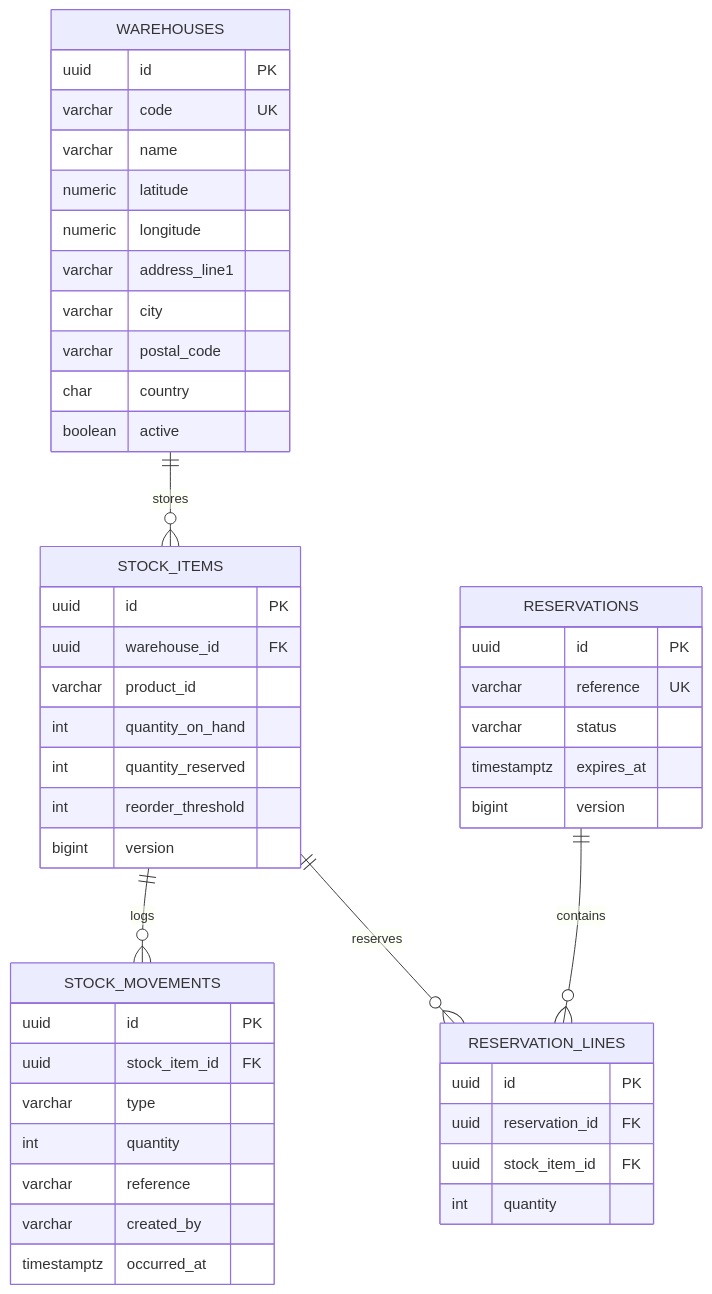
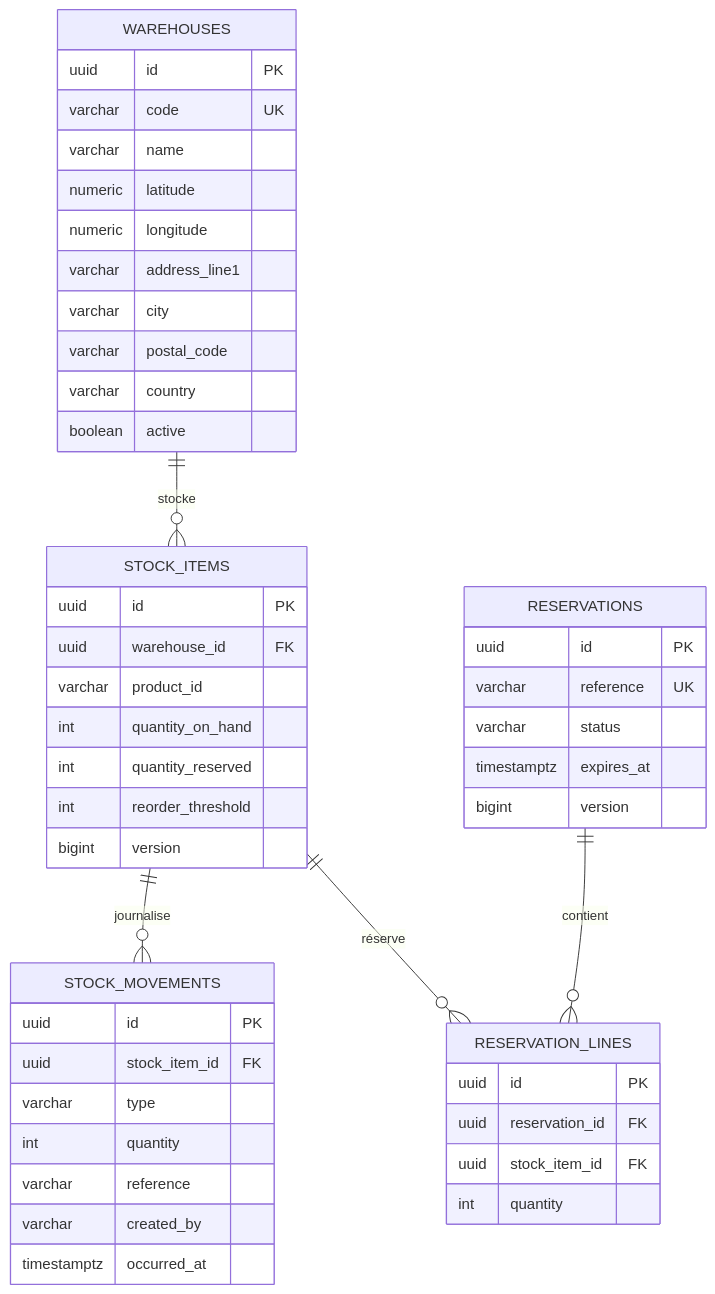
One commit to zakaech/logistics-microservices-platform changed the second of 3 diagrams in docs/02-data-model.md. Above: the diagram before and after it, drawn with Mermaid. The commit also changed other lines of this file and 108 other files, not shown here.

````diff
--- a/docs/02-data-model.md
+++ b/docs/02-data-model.md
@@ -194,51 +198,51 @@
 ```mermaid
 erDiagram
-    WAREHOUSES ||--o{ STOCK_ITEMS : stores
-    STOCK_ITEMS ||--o{ STOCK_MOVEMENTS : logs
-    RESERVATIONS ||--o{ RESERVATION_LINES : contains
-    STOCK_ITEMS ||--o{ RESERVATION_LINES : reserves
+    WAREHOUSES ||--o{ STOCK_ITEMS : "stocke"
+    STOCK_ITEMS ||--o{ STOCK_MOVEMENTS : "journalise"
+    RESERVATIONS ||--o{ RESERVATION_LINES : "contient"
+    STOCK_ITEMS ||--o{ RESERVATION_LINES : "réserve"
 
     WAREHOUSES {
         uuid id PK
         varchar code UK
         varchar name
         numeric latitude
         numeric longitude
         varchar address_line1
         varchar city
         varchar postal_code
-        char country
+        varchar country
         boolean active
     }
     STOCK_ITEMS {
         uuid id PK
         uuid warehouse_id FK
         varchar product_id
         int quantity_on_hand
         int quantity_reserved
         int reorder_threshold
         bigint version
     }
     STOCK_MOVEMENTS {
         uuid id PK
         uuid stock_item_id FK
         varchar type
         int quantity
         varchar reference
         varchar created_by
         timestamptz occurred_at
     }
     RESERVATIONS {
         uuid id PK
         varchar reference UK
         varchar status
         timestamptz expires_at
         bigint version
     }
     RESERVATION_LINES {
         uuid id PK
         uuid reservation_id FK
         uuid stock_item_id FK
         int quantity
     }
 ```
````
